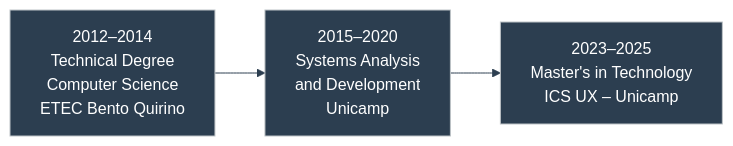
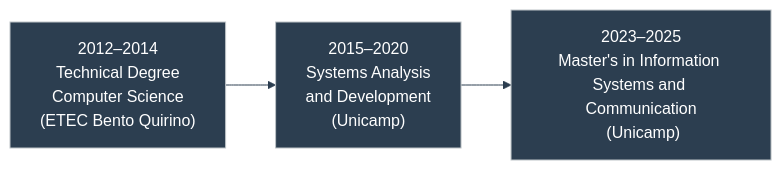
One commit to duducm2/my-personal-repo changed the second of 13 diagrams in portfolio/mermaid/diagrams.md. Above: the diagram before and after it, drawn with Mermaid.

Commit message:
Update academic qualifications in Mermaid diagram for improved clarity and consistency. Adjust text formatting to include institution names in parentheses and enhance the description of the Master's program.

````diff
--- a/portfolio/mermaid/diagrams.md
+++ b/portfolio/mermaid/diagrams.md
@@ -42,8 +42,8 @@
 ```mermaid
 %%{init: {'theme': 'base', 'themeVariables': { 'primaryColor': '#2c3e50', 'primaryTextColor': '#fff', 'primaryBorderColor': '#bdc3c7', 'lineColor': '#2c3e50', 'fontFamily': 'Lato'}}}%%
 flowchart LR
-  A["2012–2014<br/>Technical Degree<br/>Computer Science<br/>ETEC Bento Quirino"]
-  B["2015–2020<br/>Systems Analysis<br/>and Development<br/>Unicamp"]
-  C["2023–2025<br/>Master's in Technology<br/>ICS UX – Unicamp"]
+  A["2012–2014<br/>Technical Degree<br/>Computer Science<br/>(ETEC Bento Quirino)"]
+  B["2015–2020<br/>Systems Analysis<br/>and Development<br/>(Unicamp)"]
+  C["2023–2025<br/>Master's in Information Systems and Communication<br/> (Unicamp)"]
   A --> B --> C
 ```
````
